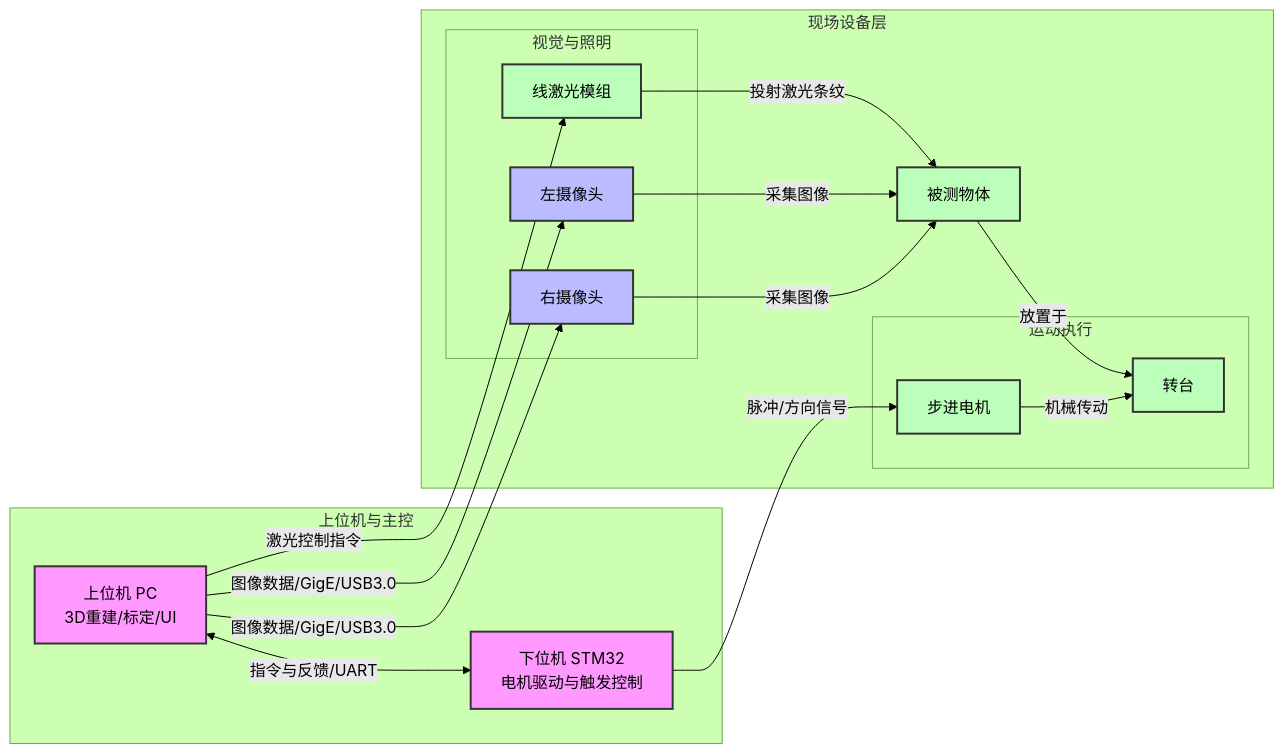
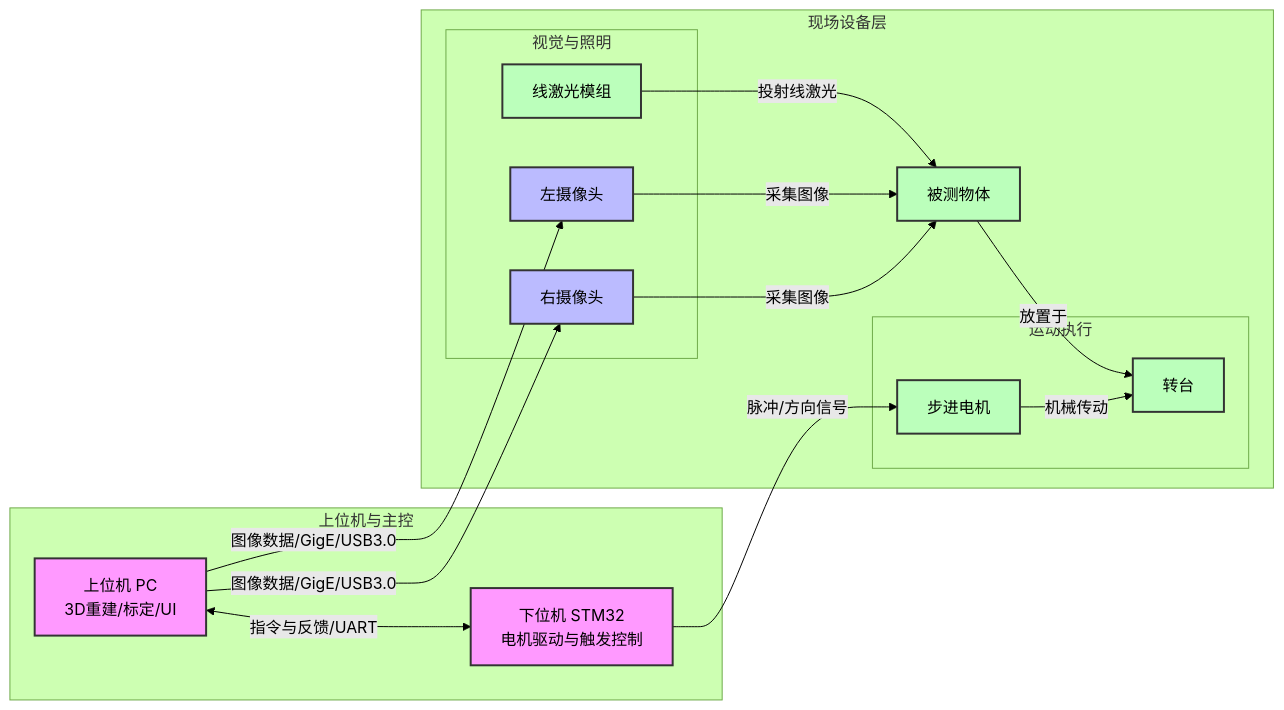
Before and after one commit to Entzauberung-X/3D-reconstruction: the first of 2 diagrams in README.md, drawn with Mermaid (forest theme).

````diff
--- a/README.md
+++ b/README.md
@@ -11,42 +11,41 @@
 ```mermaid
 flowchart LR
     %% 样式定义
     classDef control fill:#f9f,stroke:#333,stroke-width:2px;
     classDef data fill:#bbf,stroke:#333,stroke-width:2px;
     classDef physics fill:#bfb,stroke:#333,stroke-width:2px;
     classDef sync fill:#ffb,stroke:#333,stroke-width:2px;
 
     subgraph Host[上位机与主控]
         PC[上位机 PC<br>3D重建/标定/UI]:::control
         MCU[下位机 STM32<br>电机驱动与触发控制]:::control
     end
 
     subgraph Field[现场设备层]
         subgraph Vision[视觉与照明]
             LC[左摄像头]:::data
             RC[右摄像头]:::data
             LL[线激光模组]:::physics
         end
         subgraph Motion[运动执行]
             SM[步进电机]:::physics
             TT[转台]:::physics
         end
         OBJ[被测物体]:::physics
     end
 
     %% 物理关系
     OBJ -->|放置于| TT
-    LL -->|投射激光条纹| OBJ
+    LL -->|投射线激光| OBJ
     LC -->|采集图像| OBJ
     RC -->|采集图像| OBJ
 
     %% 数据流
     PC -->|图像数据/GigE/USB3.0| LC
     PC -->|图像数据/GigE/USB3.0| RC
-    PC -->|激光控制指令| LL
 
     %% 控制流
     PC <-->|指令与反馈/UART| MCU
     MCU -->|脉冲/方向信号| SM
     SM -->|机械传动| TT
 ```
````
